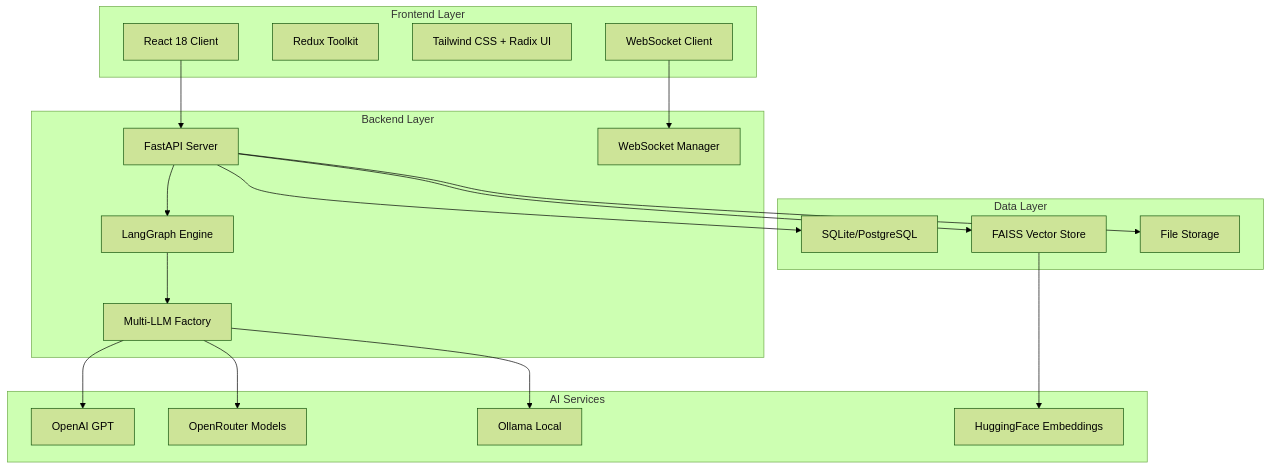
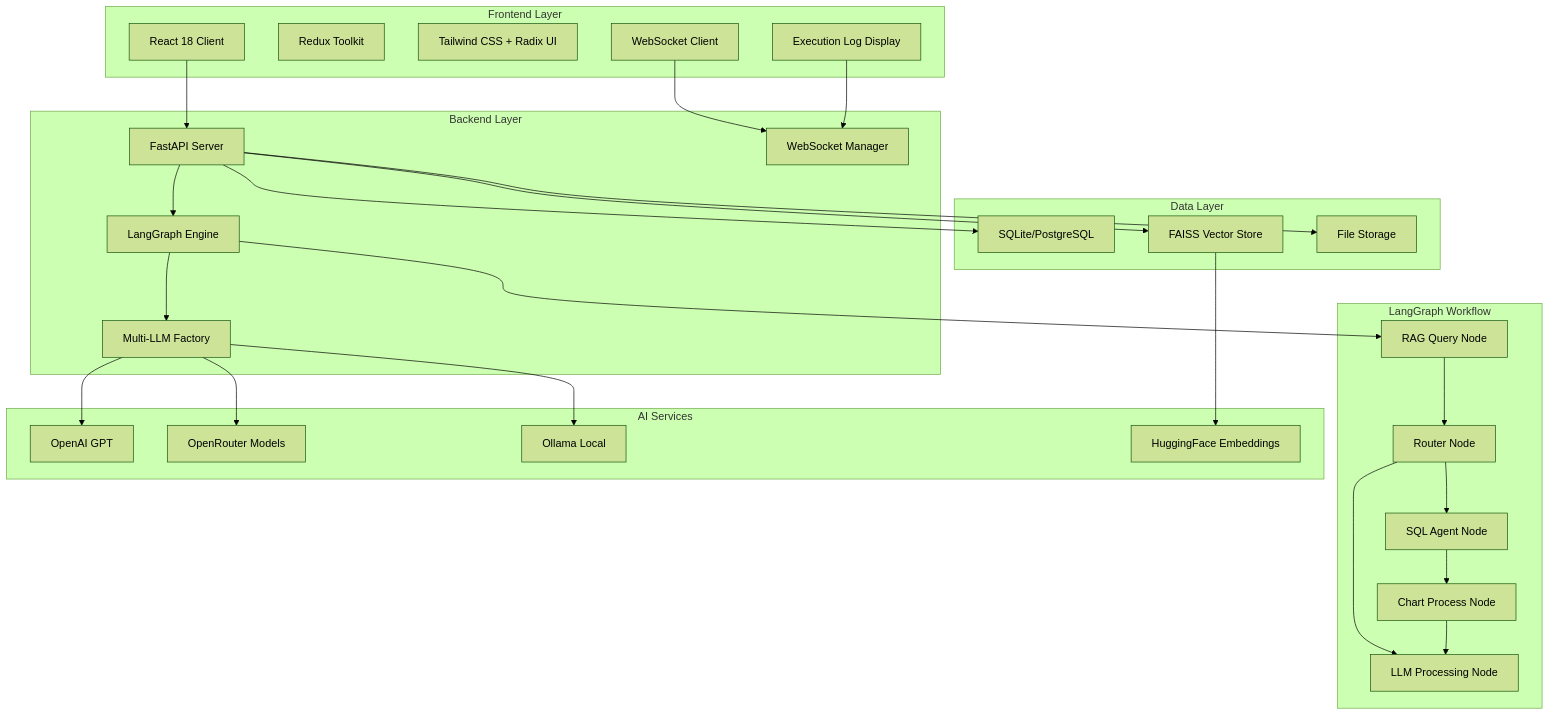
Before and after one commit to 470024581/ai-agent: the diagram in README.md, drawn with Mermaid (forest theme). The commit also changed other lines of this file and 14 other files, not shown here.

Commit message:
feature: add execution display of agent

````diff
--- a/README.md
+++ b/README.md
@@ -26,41 +27,57 @@
 ```mermaid
 graph TB
     subgraph "Frontend Layer"
         A[React 18 Client]
         B[Redux Toolkit]
         C[Tailwind CSS + Radix UI]
         D[WebSocket Client]
+        E[Execution Log Display]
     end
     
     subgraph "Backend Layer"
-        E[FastAPI Server]
-        F[LangGraph Engine]
-        G[WebSocket Manager]
-        H[Multi-LLM Factory]
+        F[FastAPI Server]
+        G[LangGraph Engine]
+        H[WebSocket Manager]
+        I[Multi-LLM Factory]
+    end
+    
+    subgraph "LangGraph Workflow"
+        J[RAG Query Node]
+        K[Router Node]
+        L[SQL Agent Node]
+        M[Chart Process Node]
+        N[LLM Processing Node]
     end
     
     subgraph "Data Layer"
-        I[SQLite/PostgreSQL]
-        J[FAISS Vector Store]
-        K[File Storage]
+        O[SQLite/PostgreSQL]
+        P[FAISS Vector Store]
+        Q[File Storage]
     end
     
     subgraph "AI Services"
-        L[OpenAI GPT]
-        M[OpenRouter Models]
-        N[Ollama Local]
-        O[HuggingFace Embeddings]
+        R[OpenAI GPT]
+        S[OpenRouter Models]
+        T[Ollama Local]
+        U[HuggingFace Embeddings]
     end
     
-    A --> E
-    D --> G
-    E --> F
-    F --> H
-    H --> L
-    H --> M
-    H --> N
-    E --> I
-    E --> J
-    E --> K
-    J --> O
+    A --> F
+    D --> H
+    E --> H
+    F --> G
+    G --> J
+    J --> K
+    K --> L
+    K --> N
+    L --> M
+    M --> N
+    G --> I
+    I --> R
+    I --> S
+    I --> T
+    F --> O
+    F --> P
+    F --> Q
+    P --> U
 ```
````
